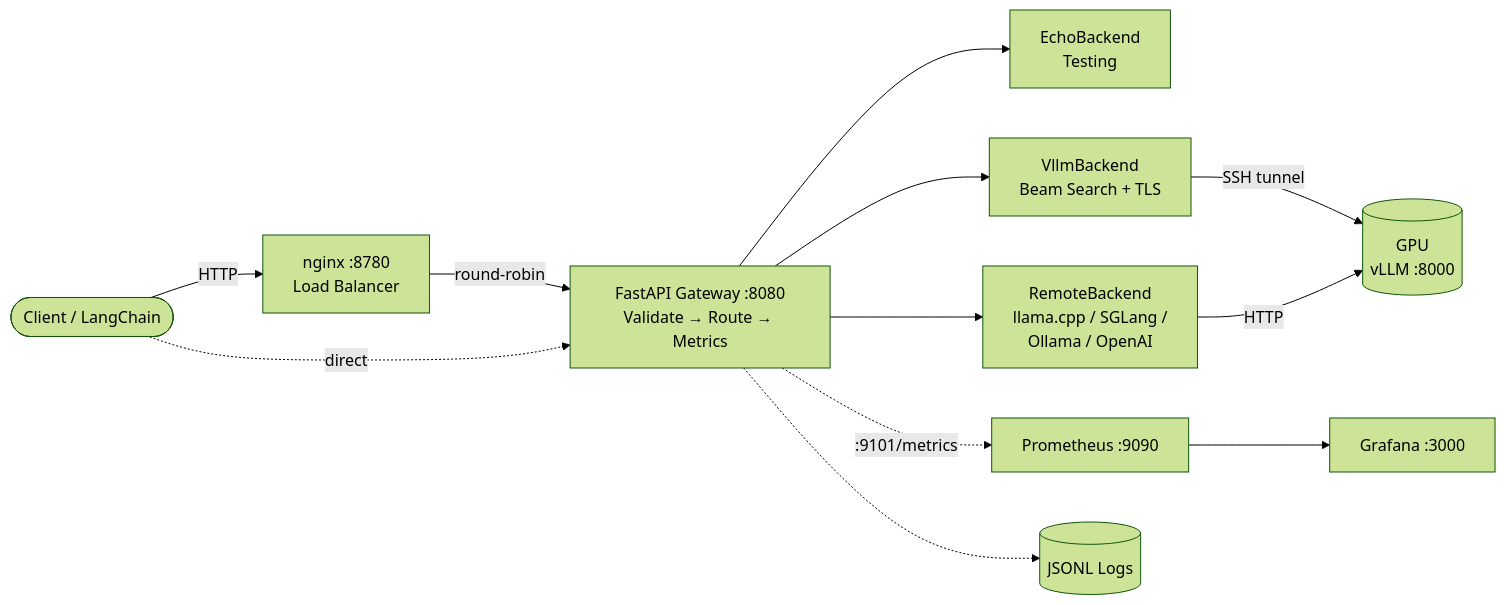
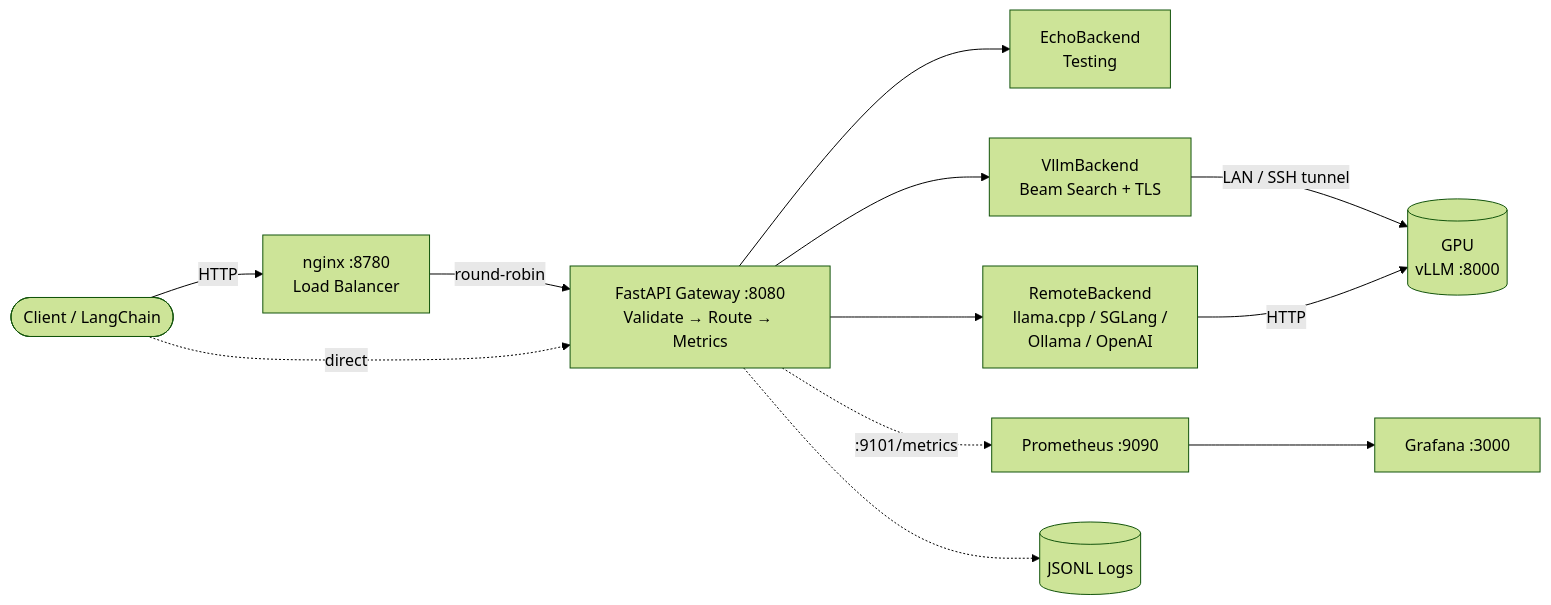
The first of 3 diagrams in docs/architecture.md (swesty/Inference-Gateway), drawn with Mermaid (forest theme) before and after one commit. The commit also changed other lines of this file and 35 other files, not shown here.

````diff
--- a/docs/architecture.md
+++ b/docs/architecture.md
@@ -5,25 +5,25 @@
 ```mermaid
 flowchart LR
     Client([Client / LangChain])
     LB[nginx :8780<br/>Load Balancer]
     GW[FastAPI Gateway :8080<br/>Validate → Route → Metrics]
     Echo[EchoBackend<br/>Testing]
     Remote[RemoteBackend<br/>llama.cpp / SGLang /<br/>Ollama / OpenAI]
     VLLM[VllmBackend<br/>Beam Search + TLS]
     GPU[(GPU<br/>vLLM :8000)]
     Prom[Prometheus :9090]
     Graf[Grafana :3000]
     Logs[(JSONL Logs)]
 
     Client -->|HTTP| LB
     LB -->|round-robin| GW
     Client -.->|direct| GW
     GW --> Echo
     GW --> Remote
     GW --> VLLM
-    VLLM -->|SSH tunnel| GPU
+    VLLM -->|LAN / SSH tunnel| GPU
     Remote -->|HTTP| GPU
     GW -.->|:9101/metrics| Prom
     Prom --> Graf
     GW -.-> Logs
 ```
````
